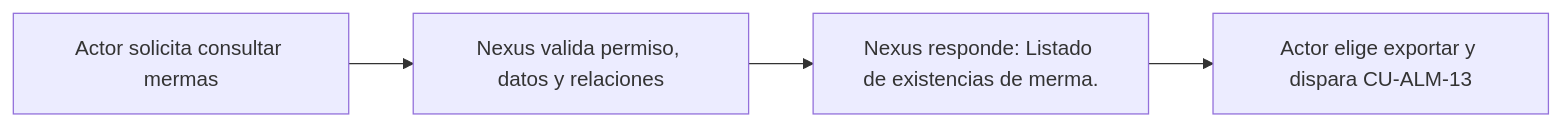
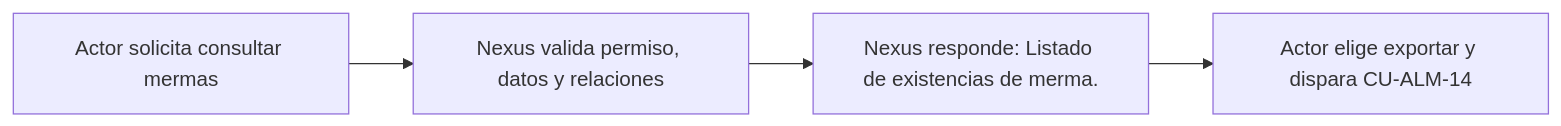
One commit to gpgsistemas01/nexus changed the diagram in docs/requirements/diagrams/catalogs/cu-alm-09.md. Above: the diagram before and after it, drawn with Mermaid. The commit also changed 51 other files, not shown here.

````diff
--- a/docs/requirements/diagrams/catalogs/cu-alm-09.md
+++ b/docs/requirements/diagrams/catalogs/cu-alm-09.md
@@ -3,7 +3,7 @@
 ```mermaid
 flowchart LR
     accTitle: CU-ALM-09 — Consultar mermas
     request["Actor solicita consultar mermas"] --> validate["Nexus valida permiso, datos y relaciones"]
     validate --> result["Nexus responde: Listado de existencias de merma."]
-    result --> report["Actor elige exportar y dispara CU-ALM-13"]
+    result --> report["Actor elige exportar y dispara CU-ALM-14"]
 ```
````
